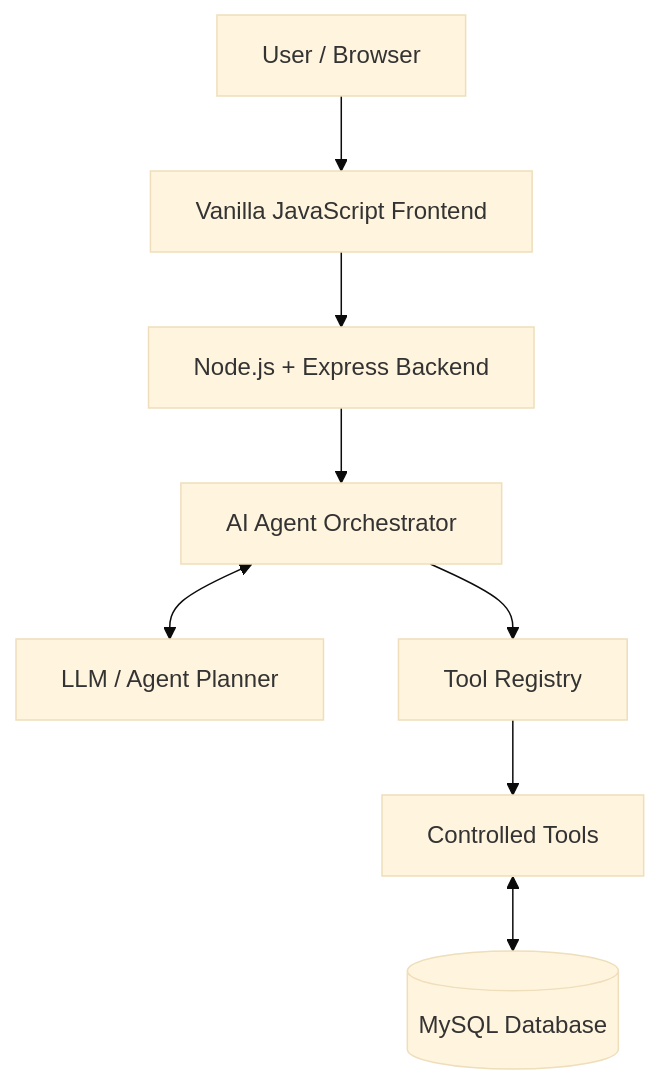
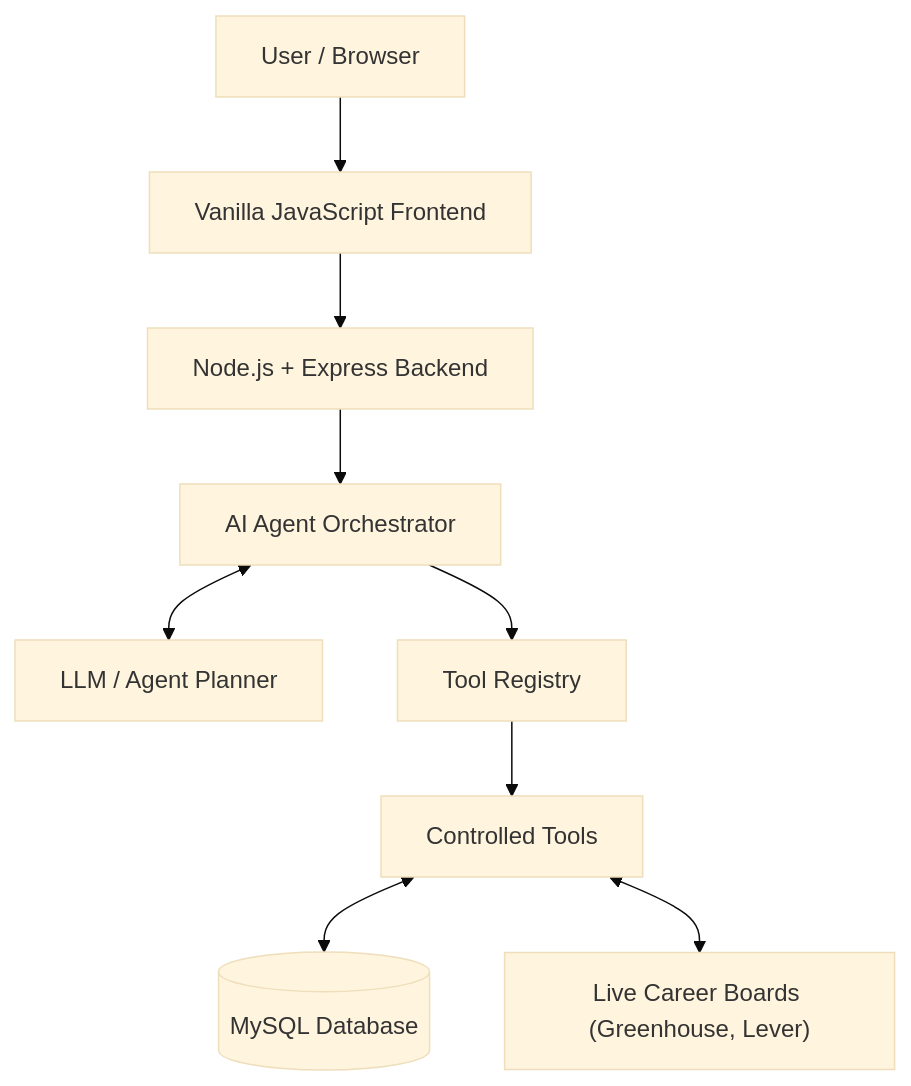
Before and after one commit to NagaVardhini22/careerpilot-ai-agent: the diagram in README.md, drawn with Mermaid (base theme). The commit also changed other lines of this file and 52 other files, not shown here.

Commit message:
feat: secure CareerPilot and add live job discovery

````diff
--- a/README.md
+++ b/README.md
@@ -51,19 +51,21 @@
 ```mermaid
 flowchart TD
     Browser["User / Browser"]
     Frontend["Vanilla JavaScript Frontend"]
     Backend["Node.js + Express Backend"]
     Agent["AI Agent Orchestrator"]
     LLM["LLM / Agent Planner"]
     Registry["Tool Registry"]
     Tools["Controlled Tools"]
     Database[("MySQL Database")]
+    Boards["Live Career Boards (Greenhouse, Lever)"]
 
     Browser --> Frontend
     Frontend --> Backend
     Backend --> Agent
     Agent <--> LLM
     Agent --> Registry
     Registry --> Tools
     Tools <--> Database
+    Tools <--> Boards
 ```
````
